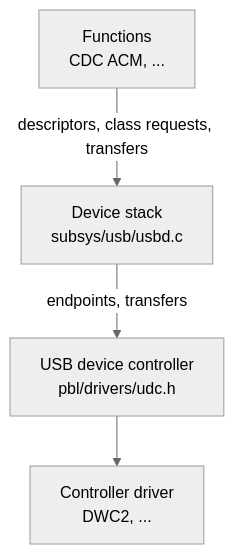
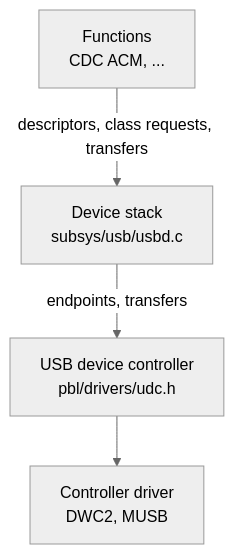
Before and after one commit to coredevices/PebbleOS: the diagram in docs/subsystems/usb.md, drawn with Mermaid (neutral theme). The commit also changed other lines of this file and 5 other files, not shown here.

First line of the commit message:
drivers/udc: add the MUSB controller

````diff
--- a/docs/subsystems/usb.md
+++ b/docs/subsystems/usb.md
@@ -7,10 +7,10 @@
 ```{mermaid}
 flowchart TD
   fn["Functions<br/>CDC ACM, ..."]
   usbd["Device stack<br/>subsys/usb/usbd.c"]
   udc["USB device controller<br/>pbl/drivers/udc.h"]
-  drv["Controller driver<br/>DWC2, ..."]
+  drv["Controller driver<br/>DWC2, MUSB"]
   fn -- "descriptors, class requests, transfers" --> usbd
   usbd -- "endpoints, transfers" --> udc
   udc --> drv
 ```
````
